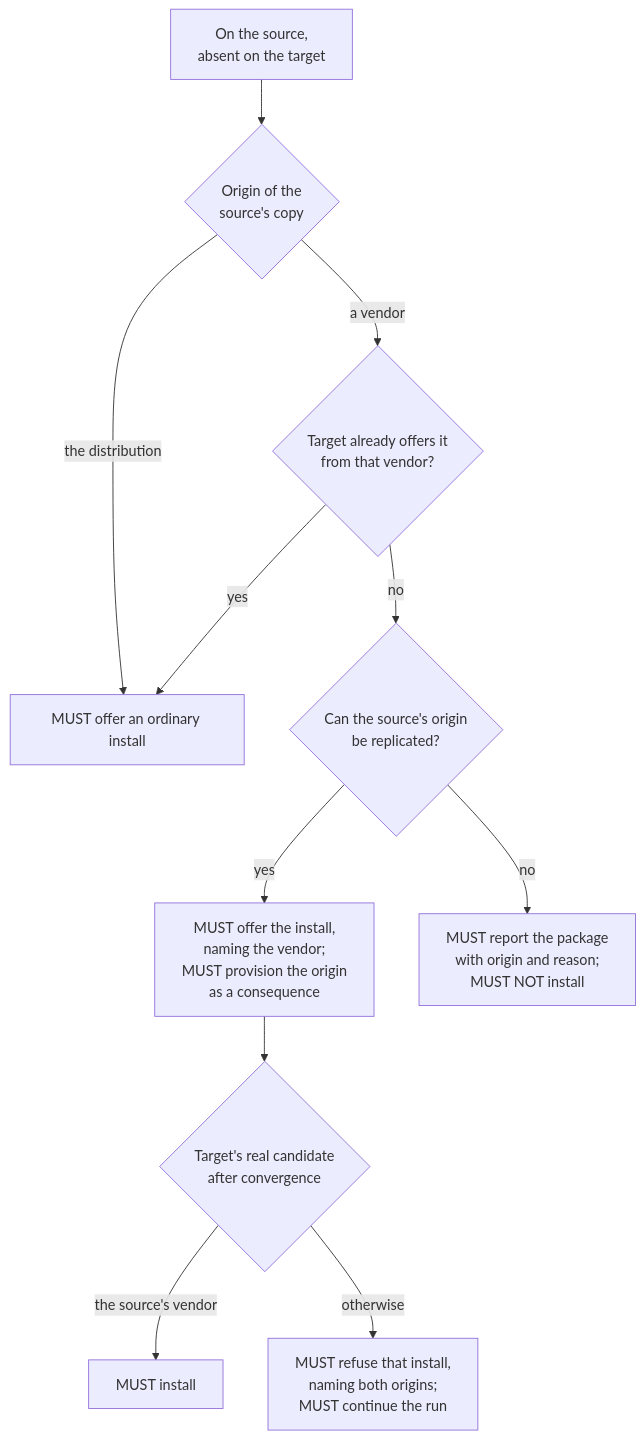
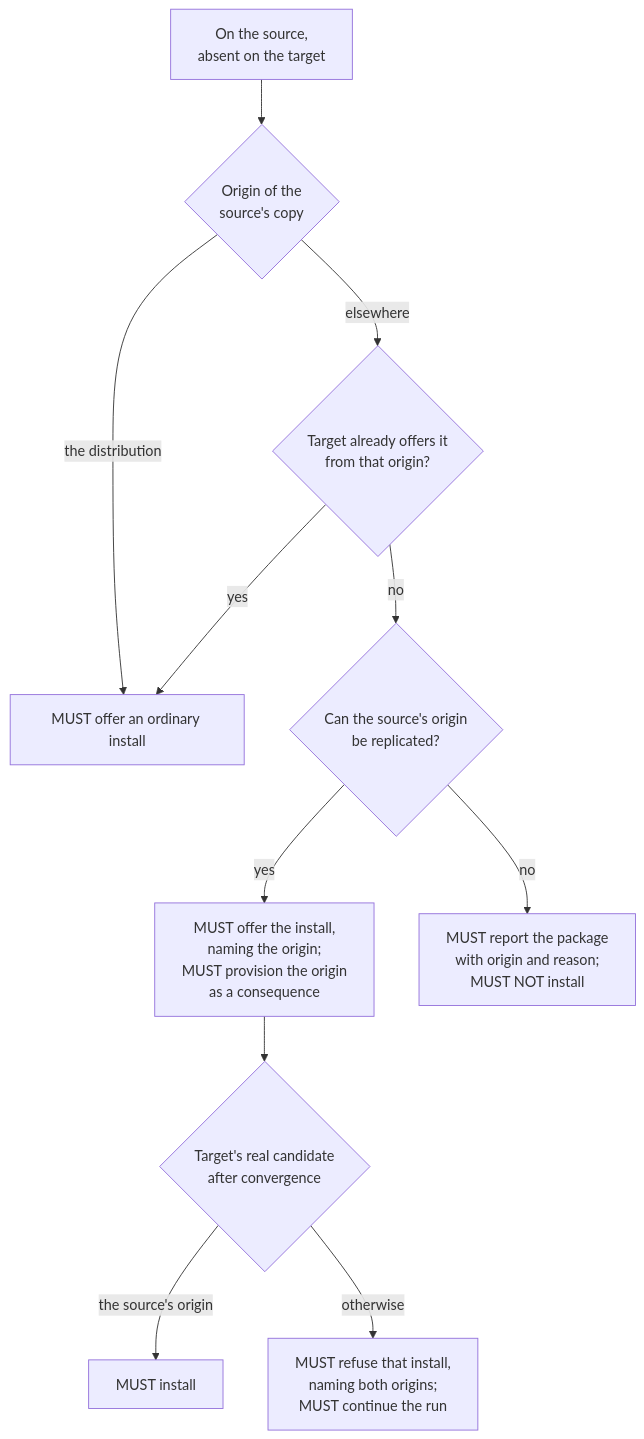
Before and after one commit to flaksit/pc-switcher: the diagram in docs/planning/package-sync-conformance-criteria.md, drawn with Mermaid. The commit also changed other lines of this file and 2 other files, not shown here.

````diff
--- a/docs/planning/package-sync-conformance-criteria.md
+++ b/docs/planning/package-sync-conformance-criteria.md
@@ -93,13 +94,13 @@
 ```mermaid
 flowchart TD
     A["On the source,<br/>absent on the target"] --> B{"Origin of the<br/>source's copy"}
     B -->|"the distribution"| C["MUST offer an ordinary install"]
-    B -->|"a vendor"| D{"Target already offers it<br/>from that vendor?"}
+    B -->|"elsewhere"| D{"Target already offers it<br/>from that origin?"}
     D -->|yes| C
     D -->|no| E{"Can the source's origin<br/>be replicated?"}
-    E -->|yes| F["MUST offer the install,<br/>naming the vendor;<br/>MUST provision the origin<br/>as a consequence"]
+    E -->|yes| F["MUST offer the install,<br/>naming the origin;<br/>MUST provision the origin<br/>as a consequence"]
     E -->|no| G["MUST report the package<br/>with origin and reason;<br/>MUST NOT install"]
     F --> H{"Target's real candidate<br/>after convergence"}
-    H -->|"the source's vendor"| I["MUST install"]
+    H -->|"the source's origin"| I["MUST install"]
     H -->|otherwise| J["MUST refuse that install,<br/>naming both origins;<br/>MUST continue the run"]
 ```
````
